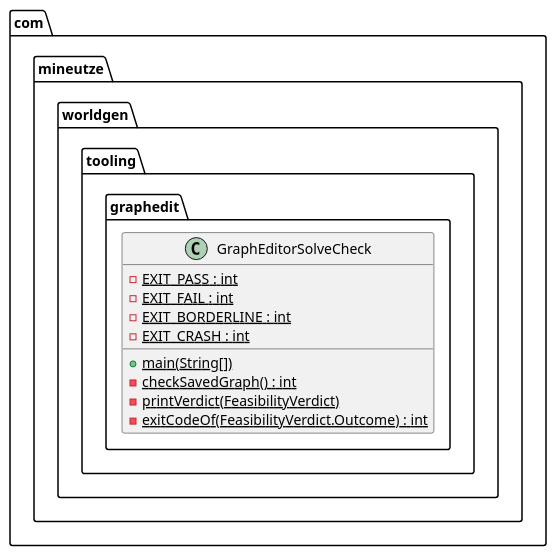
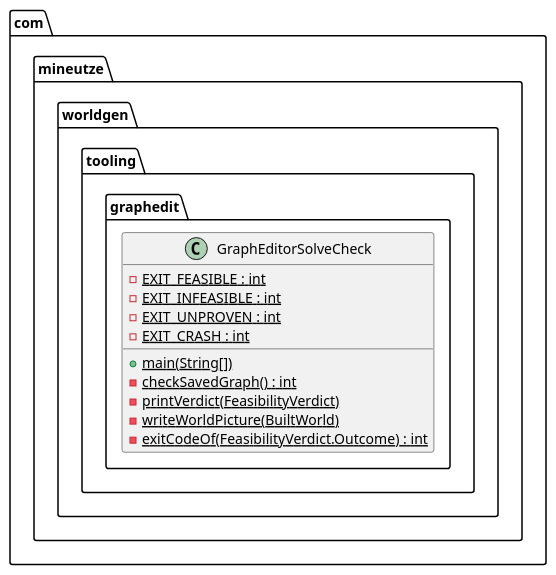
Before and after one commit to Boulede987/Mine-Utz: the diagram in companion-mods/mineutze-worldgen/doc/Modelisation/Fragments/com/mineutze/worldgen/tooling/graphedit/GraphEditorSolveCheck.puml, drawn with PlantUML. The commit also changed 96 other files, not shown here.

First line of the commit message:
docs(worldgen): regenerate class diagrams for the proof-based verdict

```diff
--- a/companion-mods/mineutze-worldgen/doc/Modelisation/Fragments/com/mineutze/worldgen/tooling/graphedit/GraphEditorSolveCheck.puml
+++ b/companion-mods/mineutze-worldgen/doc/Modelisation/Fragments/com/mineutze/worldgen/tooling/graphedit/GraphEditorSolveCheck.puml
@@ -1,12 +1,13 @@
 namespace com.mineutze.worldgen.tooling.graphedit {
 class GraphEditorSolveCheck {
-  - {static} EXIT_PASS : int
-  - {static} EXIT_FAIL : int
-  - {static} EXIT_BORDERLINE : int
+  - {static} EXIT_FEASIBLE : int
+  - {static} EXIT_INFEASIBLE : int
+  - {static} EXIT_UNPROVEN : int
   - {static} EXIT_CRASH : int
   + {static} main(String[])
   - {static} checkSavedGraph() : int
   - {static} printVerdict(FeasibilityVerdict)
+  - {static} writeWorldPicture(BuiltWorld)
   - {static} exitCodeOf(FeasibilityVerdict.Outcome) : int
 }
 }
```
